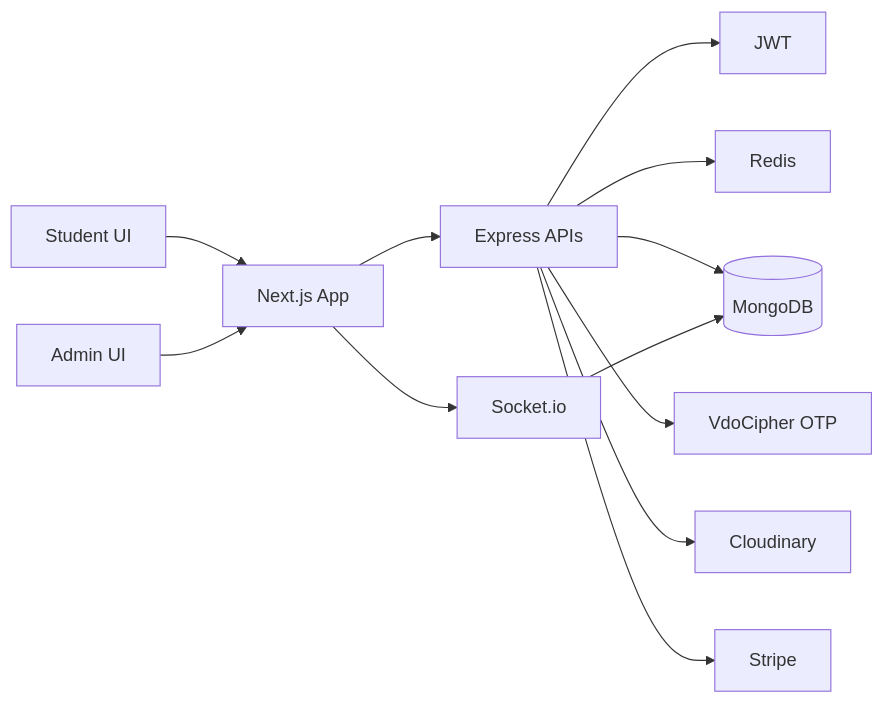
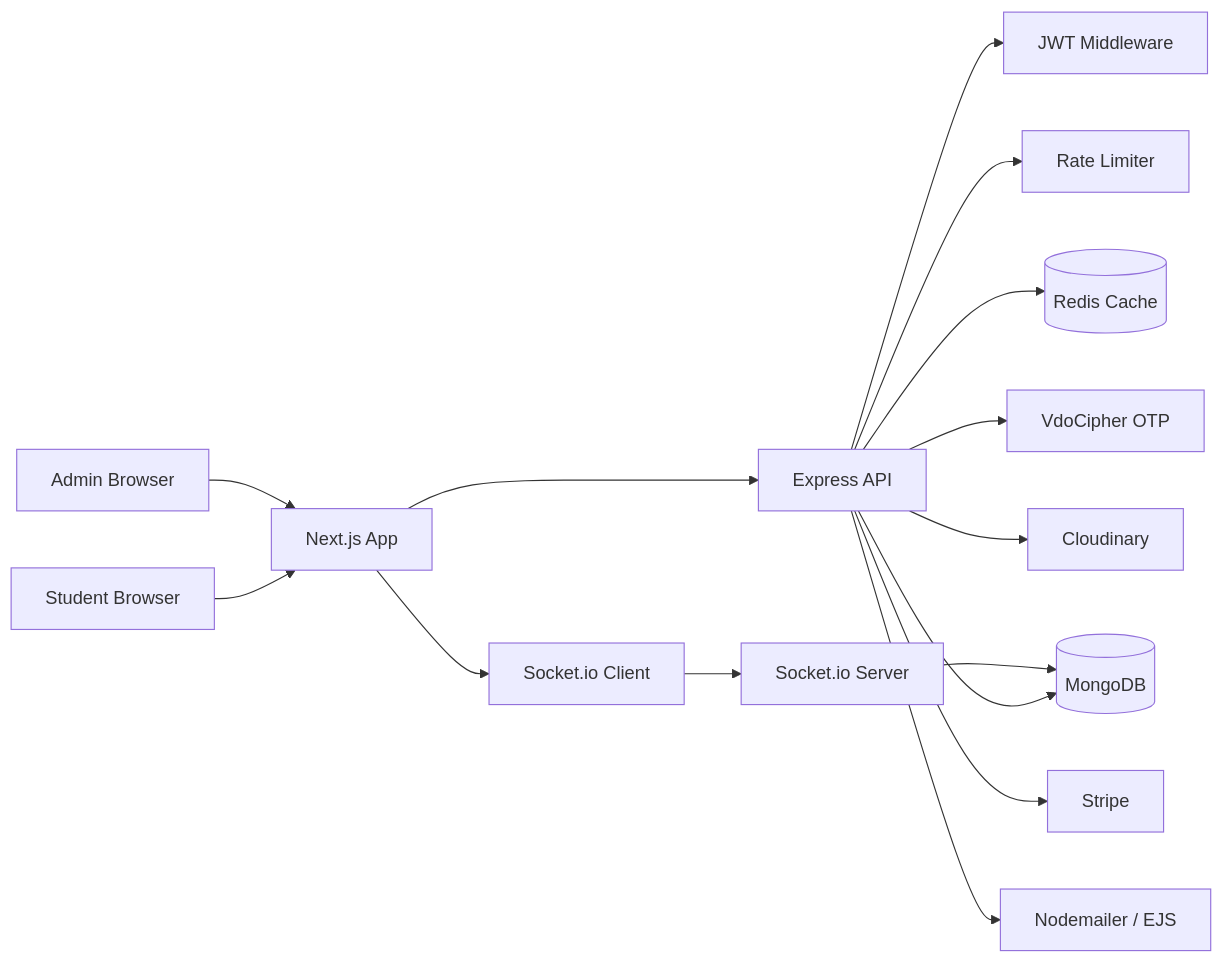
The first of 4 diagrams in README.md (Manahil-Afzal/ZYLO), drawn with Mermaid before and after one commit. The commit also changed other lines of this file and 4 other files, not shown here.

Commit message:
docs: restructure README with architecture diagrams and fix service/model imports

````diff
--- a/README.md
+++ b/README.md
@@ -38,14 +40,17 @@
 ```mermaid
 graph LR
-  Student[Student UI] --> NextApp[Next.js App]
-  Admin[Admin UI] --> NextApp
-  NextApp --> API[Express APIs]
-  NextApp --> Socket[Socket.io]
-  API --> Auth[JWT]
-  API --> Cache[Redis]
-  API --> DB[(MongoDB)]
-  API --> Video[VdoCipher OTP]
-  API --> Cloud[Cloudinary]
-  API --> Stripe[Stripe]
-  Socket --> DB
+    Student[Student Browser] --> NextApp[Next.js App]
+    Admin[Admin Browser] --> NextApp
+    NextApp --> API[Express API]
+    NextApp --> SocketClient[Socket.io Client]
+    SocketClient --> SocketServer[Socket.io Server]
+    API --> Auth[JWT Middleware]
+    API --> RateLimit[Rate Limiter]
+    API --> Redis[(Redis Cache)]
+    API --> MongoDB[(MongoDB)]
+    API --> VdoCipher[VdoCipher OTP]
+    API --> Cloudinary[Cloudinary]
+    API --> Stripe[Stripe]
+    API --> Mail[Nodemailer / EJS]
+    SocketServer --> MongoDB
 ```
````
